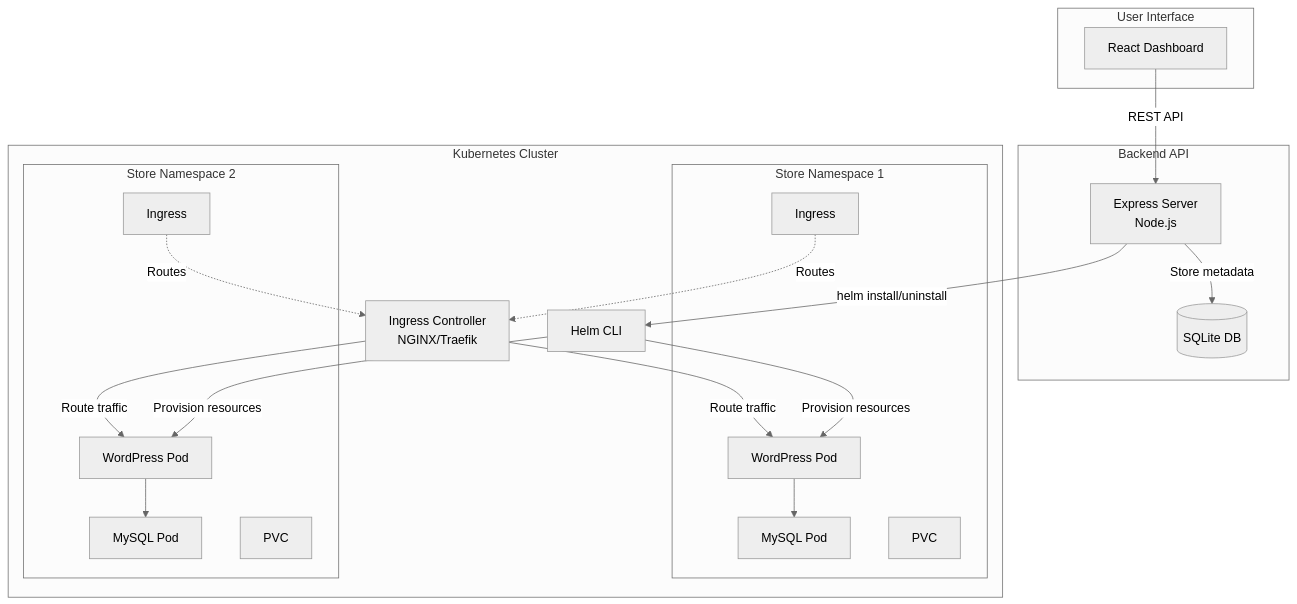
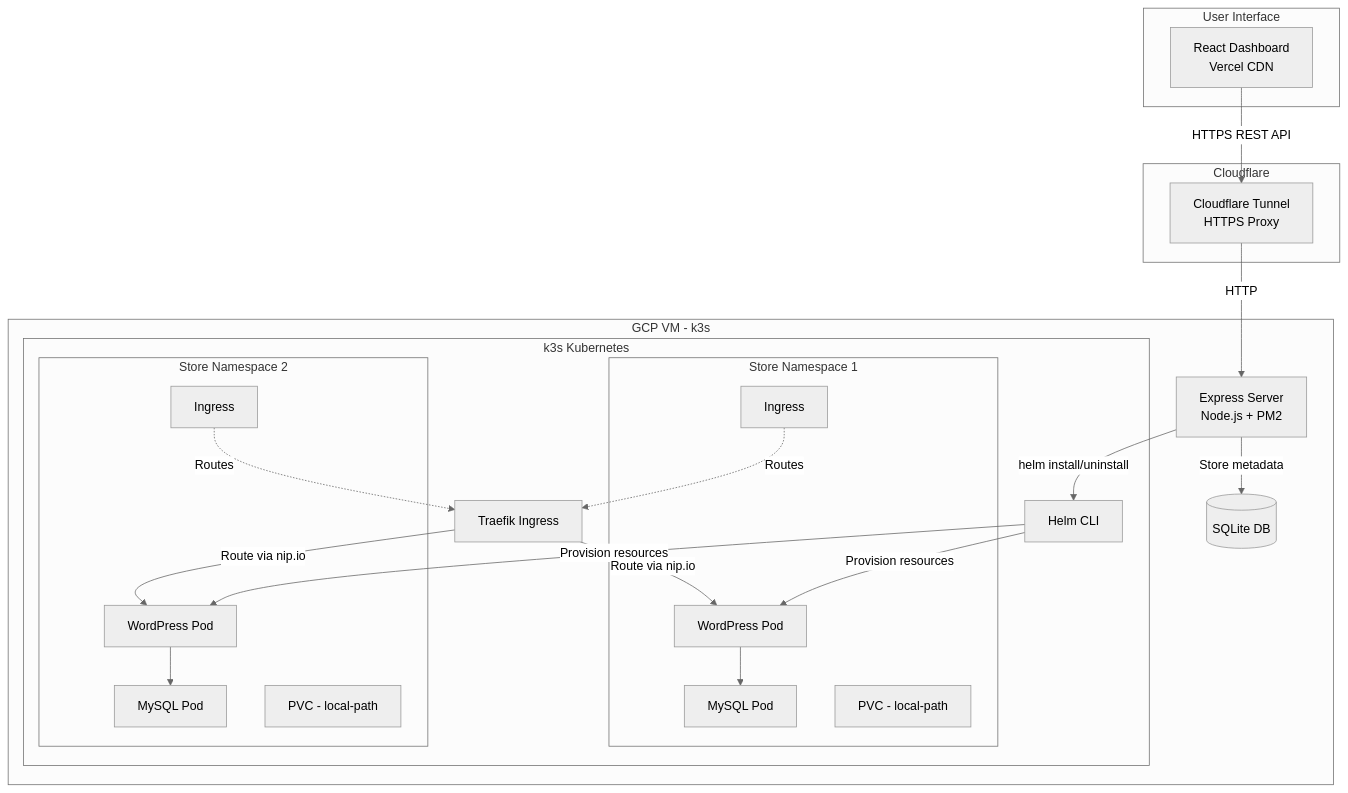
One commit to rah7202/urumi-task changed the first of 4 diagrams in README.md. Above: the diagram before and after it, drawn with Mermaid (neutral theme). The commit also changed other lines of this file and 1 other file, not shown here.

````diff
--- a/README.md
+++ b/README.md
@@ -44,43 +46,47 @@
 ```mermaid
 graph TB
     subgraph "User Interface"
-        A[React Dashboard]
+        A[React Dashboard<br/>Vercel CDN]
+    end
+
+    subgraph "Cloudflare"
+        CF[Cloudflare Tunnel<br/>HTTPS Proxy]
     end
     
-    subgraph "Backend API"
-        B[Express Server<br/>Node.js]
+    subgraph "GCP VM - k3s"
+        B[Express Server<br/>Node.js + PM2]
         C[(SQLite DB)]
+        
+        subgraph "k3s Kubernetes"
+            D[Helm CLI]
+            I[Traefik Ingress]
+            
+            subgraph "Store Namespace 1"
+                E1[WordPress Pod]
+                F1[MySQL Pod]
+                G1[PVC - local-path]
+                H1[Ingress]
+            end
+            
+            subgraph "Store Namespace 2"
+                E2[WordPress Pod]
+                F2[MySQL Pod]
+                G2[PVC - local-path]
+                H2[Ingress]
+            end
+        end
     end
     
-    subgraph "Kubernetes Cluster"
-        D[Helm CLI]
-        
-        subgraph "Store Namespace 1"
-            E1[WordPress Pod]
-            F1[MySQL Pod]
-            G1[PVC]
-            H1[Ingress]
-        end
-        
-        subgraph "Store Namespace 2"
-            E2[WordPress Pod]
-            F2[MySQL Pod]
-            G2[PVC]
-            H2[Ingress]
-        end
-        
-        I[Ingress Controller<br/>NGINX/Traefik]
-    end
-    
-    A -->|REST API| B
+    A -->|HTTPS REST API| CF
+    CF -->|HTTP| B
     B -->|Store metadata| C
     B -->|helm install/uninstall| D
     D -->|Provision resources| E1
     D -->|Provision resources| E2
     E1 --> F1
     E2 --> F2
-    I -->|Route traffic| E1
-    I -->|Route traffic| E2
+    I -->|Route via nip.io| E1
+    I -->|Route via nip.io| E2
     H1 -.->|Routes| I
     H2 -.->|Routes| I
 ```
````
